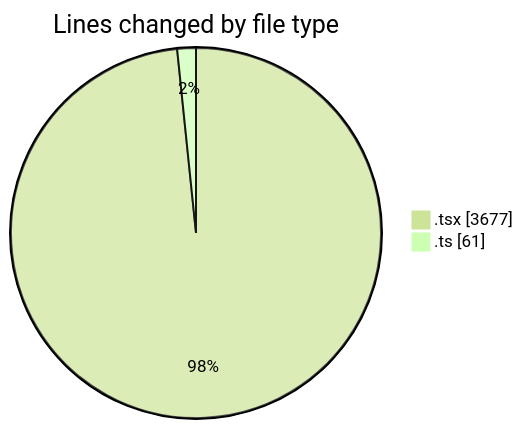
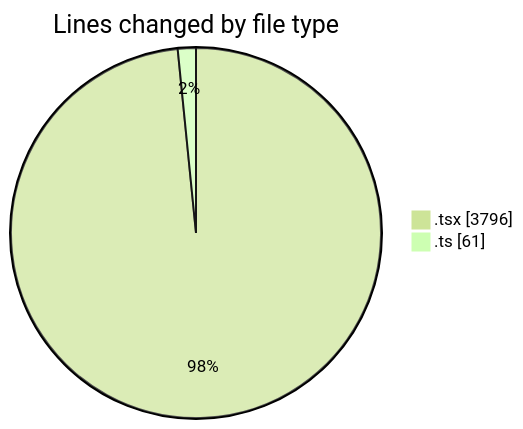
One commit to julien-gomy/code-tracking changed the first of 2 diagrams in 2025-11-18/eventscop-frontend-guide__workspace_/README.md. Above: the diagram before and after it, drawn with Mermaid (forest theme). The commit also changed other lines of this file and 1 other file, not shown here.

````diff
--- a/2025-11-18/eventscop-frontend-guide__workspace_/README.md
+++ b/2025-11-18/eventscop-frontend-guide__workspace_/README.md
@@ -46,6 +48,6 @@
 ```mermaid
 pie showData
 title Lines changed by file type
-".tsx" : 3677
+".tsx" : 3796
 ".ts" : 61
 ```
````
